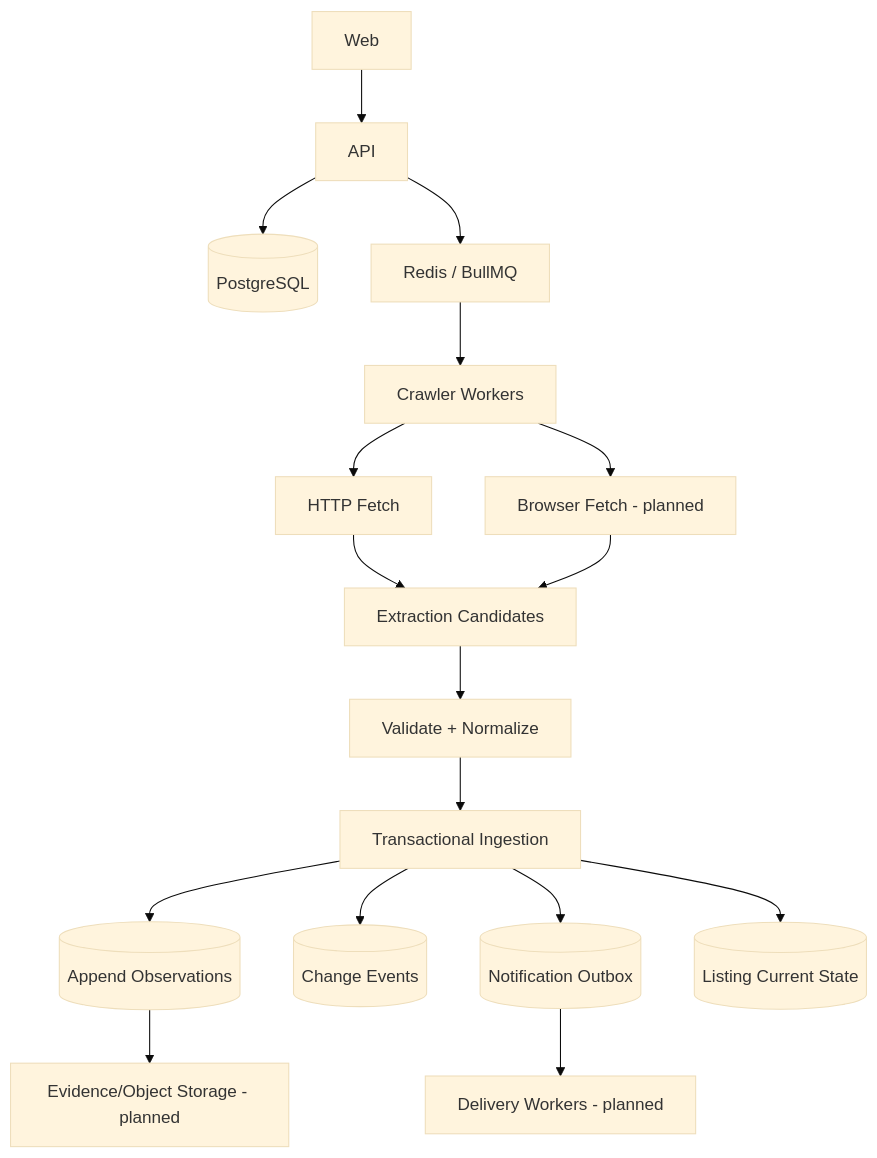
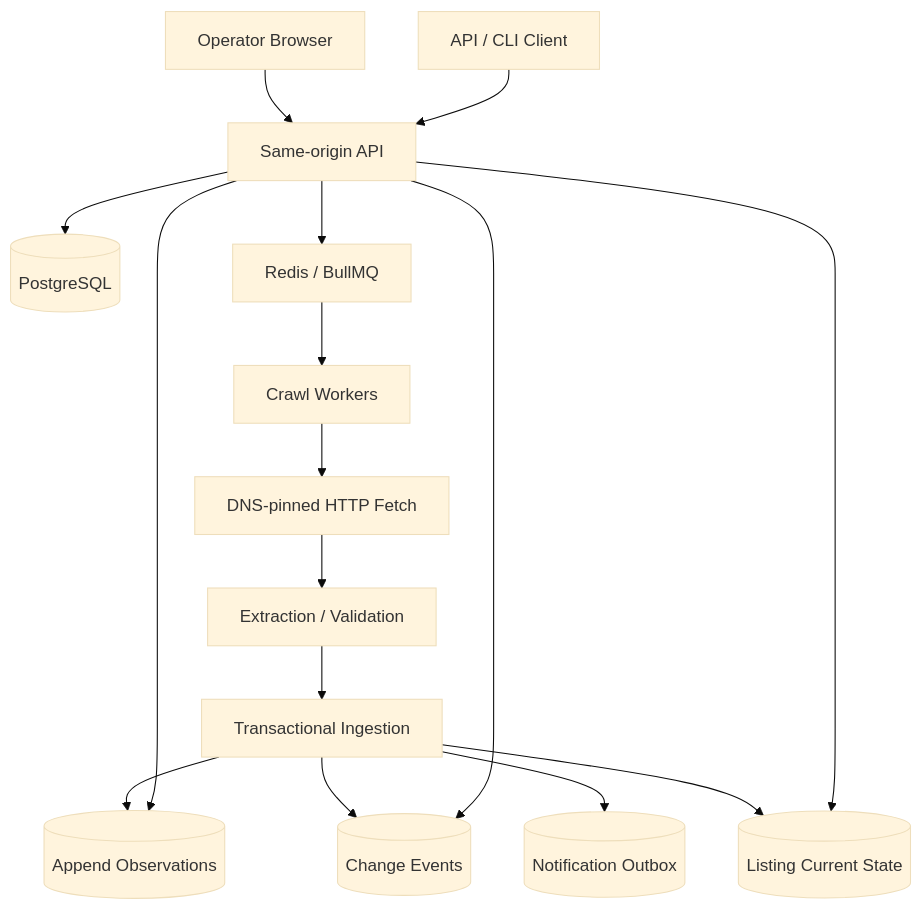
Before and after one commit to Iamanshuaditya/priceintel: the first of 2 diagrams in docs/ARCHITECTURE.md, drawn with Mermaid (base theme). The commit also changed other lines of this file and 4 other files, not shown here.

````diff
--- a/docs/ARCHITECTURE.md
+++ b/docs/ARCHITECTURE.md
@@ -5,19 +5,18 @@
 ```mermaid
 flowchart TD
-  W[Web] --> A[API]
+  U[Operator Browser] --> A[Same-origin API]
+  C[API / CLI Client] --> A
   A --> P[(PostgreSQL)]
   A --> Q[Redis / BullMQ]
-  Q --> K[Crawler Workers]
-  K --> H[HTTP Fetch]
-  K --> B[Browser Fetch - planned]
-  H --> E[Extraction Candidates]
-  B --> E
-  E --> V[Validate + Normalize]
-  V --> T[Transactional Ingestion]
+  Q --> K[Crawl Workers]
+  K --> H[DNS-pinned HTTP Fetch]
+  H --> X[Extraction / Validation]
+  X --> T[Transactional Ingestion]
   T --> O[(Append Observations)]
-  T --> C[(Change Events)]
-  T --> X[(Notification Outbox)]
+  T --> E[(Change Events)]
+  T --> N[(Notification Outbox)]
   T --> L[(Listing Current State)]
-  X --> N[Delivery Workers - planned]
-  O --> S[Evidence/Object Storage - planned]
+  A --> L
+  A --> O
+  A --> E
 ```
````
